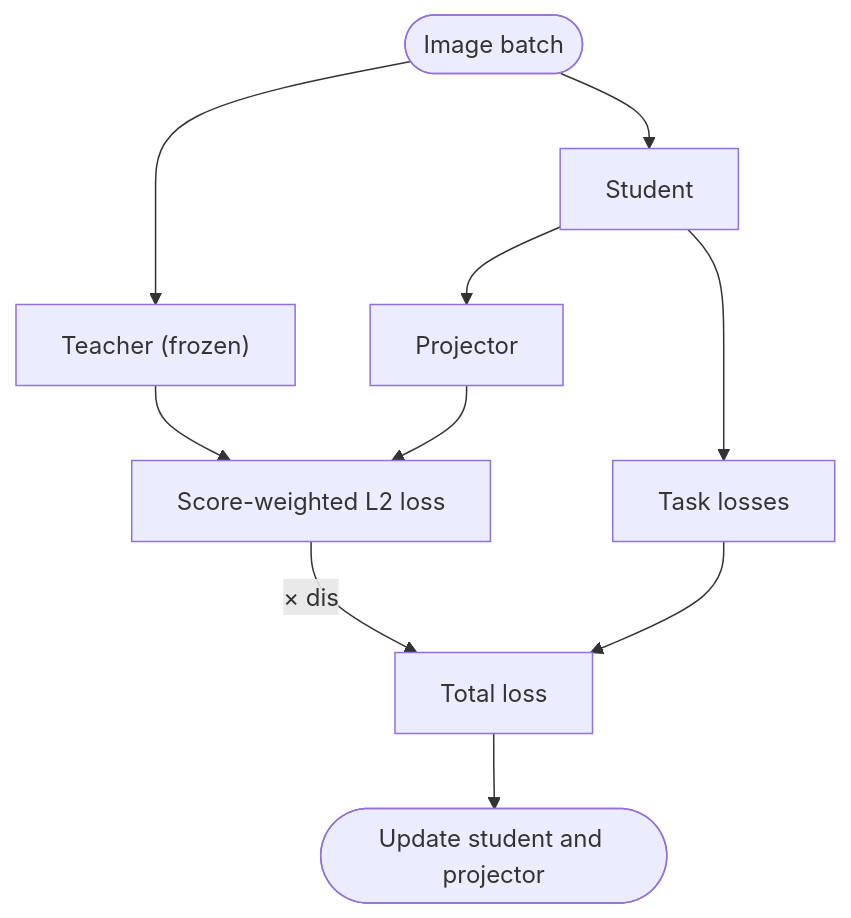
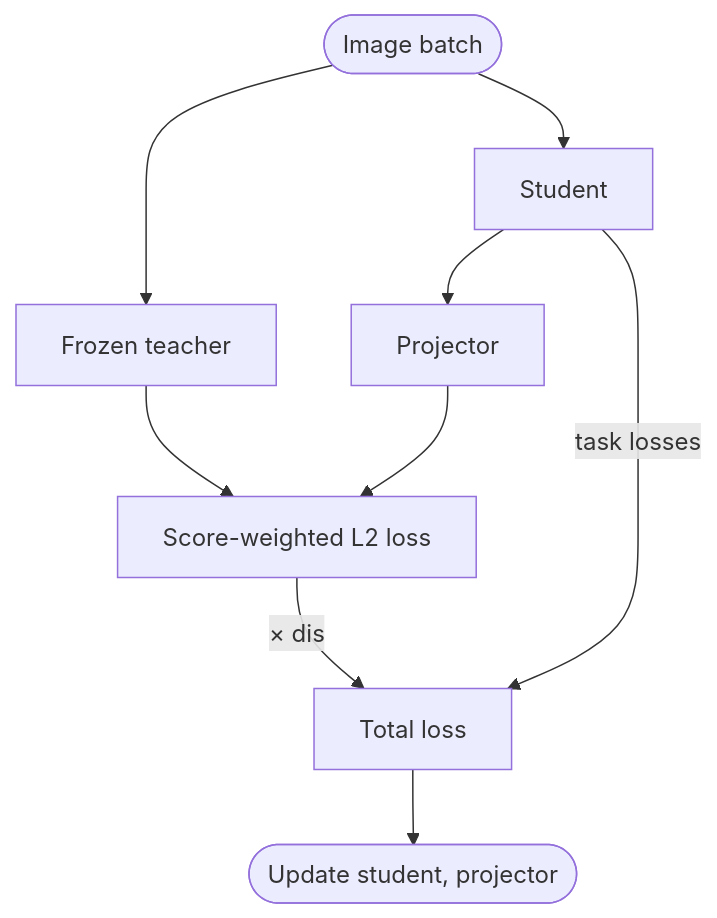
Before and after one commit to ultralytics/ultralytics: the diagram in docs/en/guides/knowledge-distillation.md, drawn with Mermaid. The commit also changed 10 other files, not shown here.

First line of the commit message:
Fix Mermaid review findings and re-tune diagrams for the dagre layout

````diff
--- a/docs/en/guides/knowledge-distillation.md
+++ b/docs/en/guides/knowledge-distillation.md
@@ -96,12 +96,11 @@
 ```mermaid
 flowchart TD
-    A([Image batch]) --> T["Teacher (frozen)"]
+    A([Image batch]) --> T[Frozen teacher]
     A --> S[Student]
     S --> P[Projector]
     T --> L[Score-weighted L2 loss]
     P --> L
-    S --> D[Task losses]
-    L -->|× dis| W[Total loss]
-    D --> W
-    W --> B([Update student and projector])
+    S -->|task losses| W[Total loss]
+    L -->|× dis| W
+    W --> B([Update student, projector])
 ```
````
